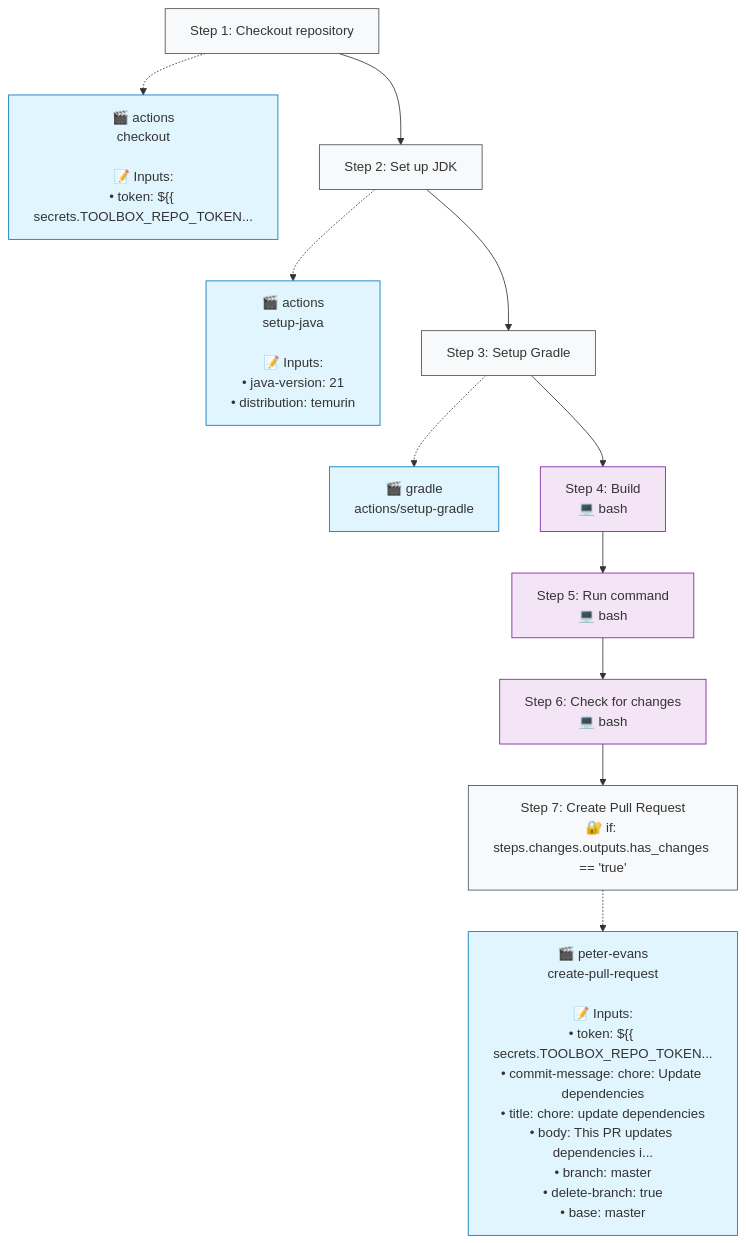
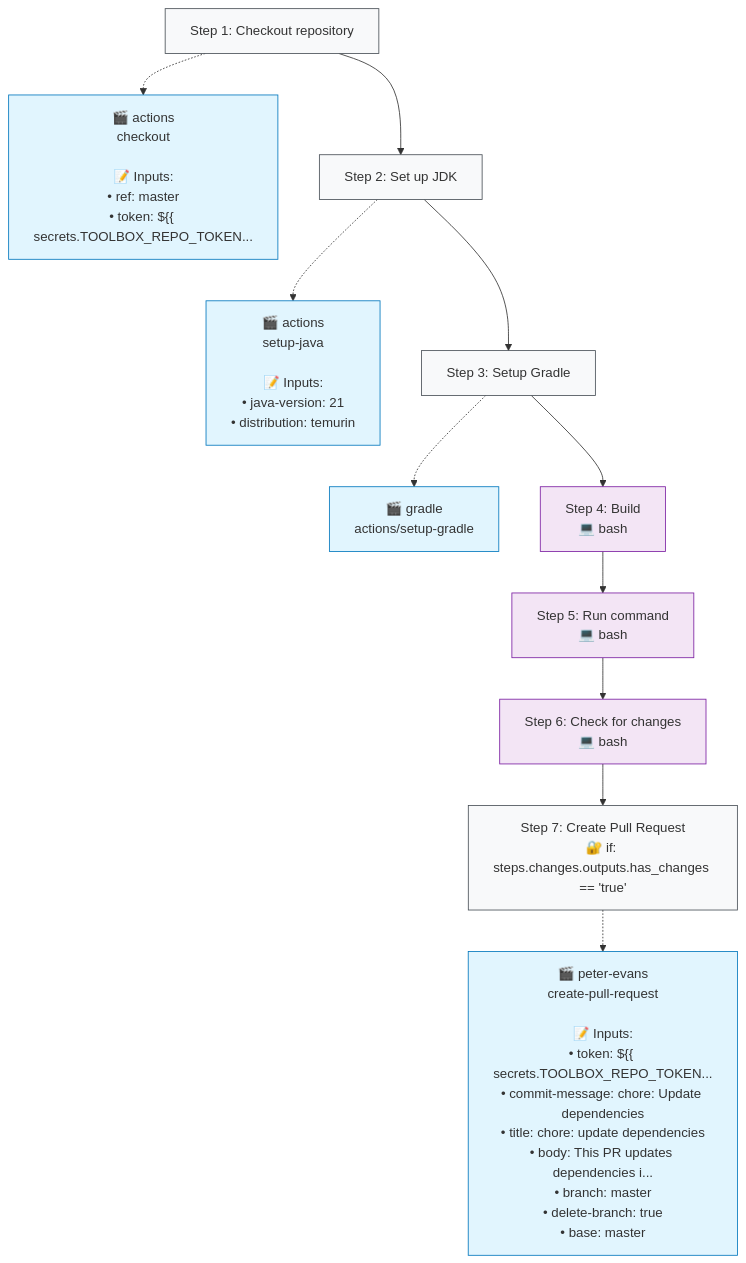
One commit to http4k/www changed the second of 2 diagrams in .github/typeflows/update-dependencies/README.md. Above: the diagram before and after it, drawn with Mermaid. The commit also changed other lines of this file and 9 other files, not shown here.

````diff
--- a/.github/typeflows/update-dependencies/README.md
+++ b/.github/typeflows/update-dependencies/README.md
@@ -24,36 +24,36 @@
 ```mermaid
 %%{init: {"flowchart": {"curve": "basis"}}}%%
 flowchart TD
     step1["Step 1: Checkout repository"]
     style step1 fill:#f8f9fa,stroke:#495057
-    action1["🎬 actions<br/>checkout<br/><br/>📝 Inputs:<br/>• token: ${{ secrets.TOOLBOX_REPO_TOKEN..."]
+    action1["🎬 actions<br/>checkout<br/><br/>📝 Inputs:<br/>• ref: master<br/>• token: ${{ secrets.TOOLBOX_REPO_TOKEN..."]
     style action1 fill:#e1f5fe,stroke:#0277bd
     step1 -.-> action1
     step2["Step 2: Set up JDK"]
     style step2 fill:#f8f9fa,stroke:#495057
     action2["🎬 actions<br/>setup-java<br/><br/>📝 Inputs:<br/>• java-version: 21<br/>• distribution: temurin"]
     style action2 fill:#e1f5fe,stroke:#0277bd
     step2 -.-> action2
     step1 --> step2
     step3["Step 3: Setup Gradle"]
     style step3 fill:#f8f9fa,stroke:#495057
     action3["🎬 gradle<br/>actions/setup-gradle"]
     style action3 fill:#e1f5fe,stroke:#0277bd
     step3 -.-> action3
     step2 --> step3
     step4["Step 4: Build<br/>💻 bash"]
     style step4 fill:#f3e5f5,stroke:#7b1fa2
     step3 --> step4
     step5["Step 5: Run command<br/>💻 bash"]
     style step5 fill:#f3e5f5,stroke:#7b1fa2
     step4 --> step5
     step6["Step 6: Check for changes<br/>💻 bash"]
     style step6 fill:#f3e5f5,stroke:#7b1fa2
     step5 --> step6
     step7["Step 7: Create Pull Request<br/>🔐 if: steps.changes.outputs.has_changes == 'true'"]
     style step7 fill:#f8f9fa,stroke:#495057
     action7["🎬 peter-evans<br/>create-pull-request<br/><br/>📝 Inputs:<br/>• token: ${{ secrets.TOOLBOX_REPO_TOKEN...<br/>• commit-message: chore: Update dependencies<br/>• title: chore: update dependencies<br/>• body: This PR updates dependencies i...<br/>• branch: master<br/>• delete-branch: true<br/>• base: master"]
     style action7 fill:#e1f5fe,stroke:#0277bd
     step7 -.-> action7
     step6 --> step7
 ```
````
